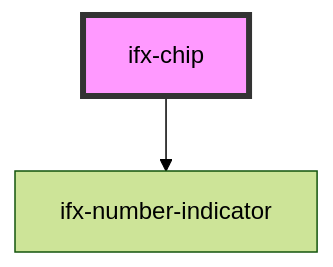
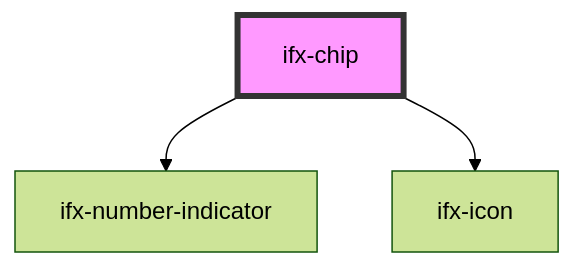
The diagram in packages/components/src/components/chip/readme.md (Infineon/infineon-design-system-stencil), drawn with Mermaid (forest theme) before and after one commit. The commit also changed other lines of this file and 5 other files, not shown here.

````diff
--- a/packages/components/src/components/chip/readme.md
+++ b/packages/components/src/components/chip/readme.md
@@ -24,5 +33,6 @@
 ```mermaid
 graph TD;
   ifx-chip --> ifx-number-indicator
+  ifx-chip --> ifx-icon
   style ifx-chip fill:#f9f,stroke:#333,stroke-width:4px
 ```
````
